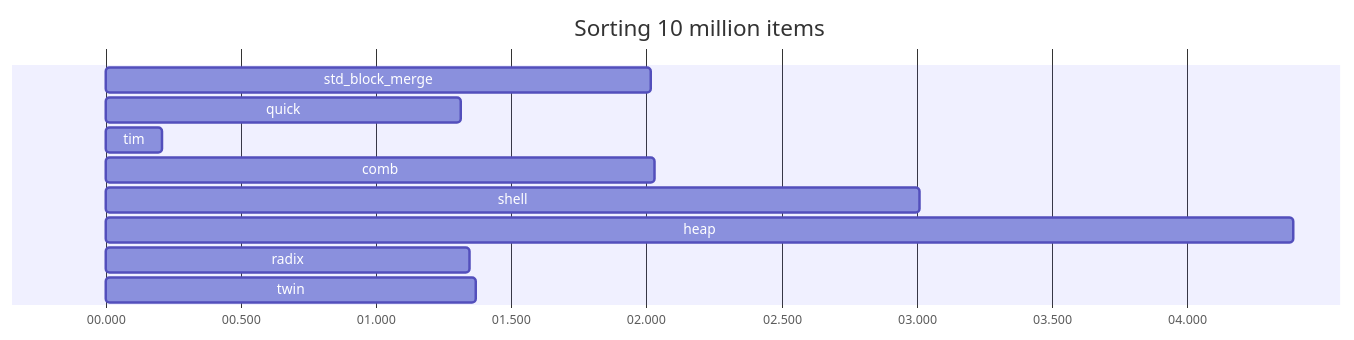
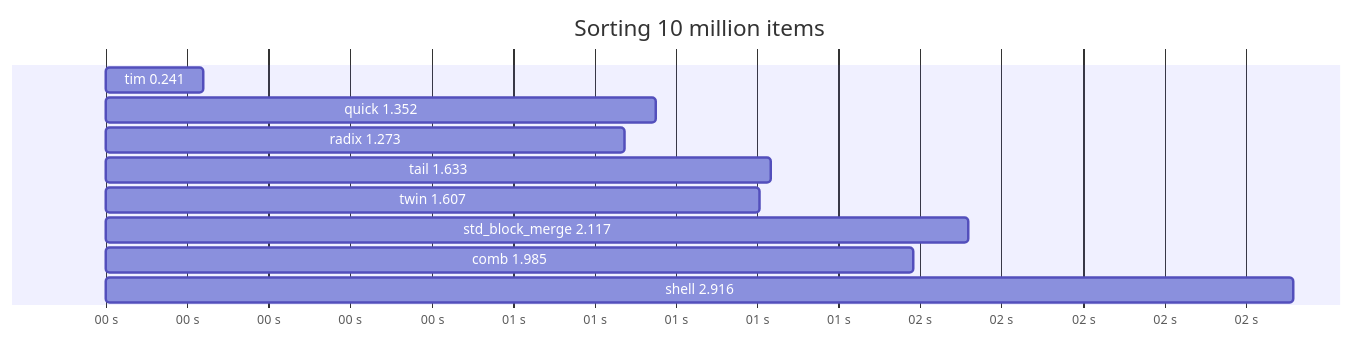
One commit to alichraghi/zort changed the second of 3 diagrams in README.md. Above: the diagram before and after it, drawn with Mermaid.

Commit message:
Update benchmark results

````diff
--- a/README.md
+++ b/README.md
@@ -56,14 +56,14 @@
 ```mermaid
 gantt
     title Sorting 10 million items
     dateFormat x
-    axisFormat %S.%L
-    std_block_merge : 0,2017
-    quick : 0,1312
-    tim : 0,208
-    comb : 0,2031
-    shell : 0,3011
-    heap : 0,4394
-    radix : 0,1347
-    twin : 0,1371
+    axisFormat %S s
+    tim 0.241: 0,241
+    quick 1.352: 0,1352
+    radix 1.273: 0,1273
+    tail 1.633: 0,1633
+    twin 1.607: 0,1607
+    std_block_merge 2.117: 0,2118
+    comb 1.985: 0,1985
+    shell 2.916: 0,2917
 ```
````
